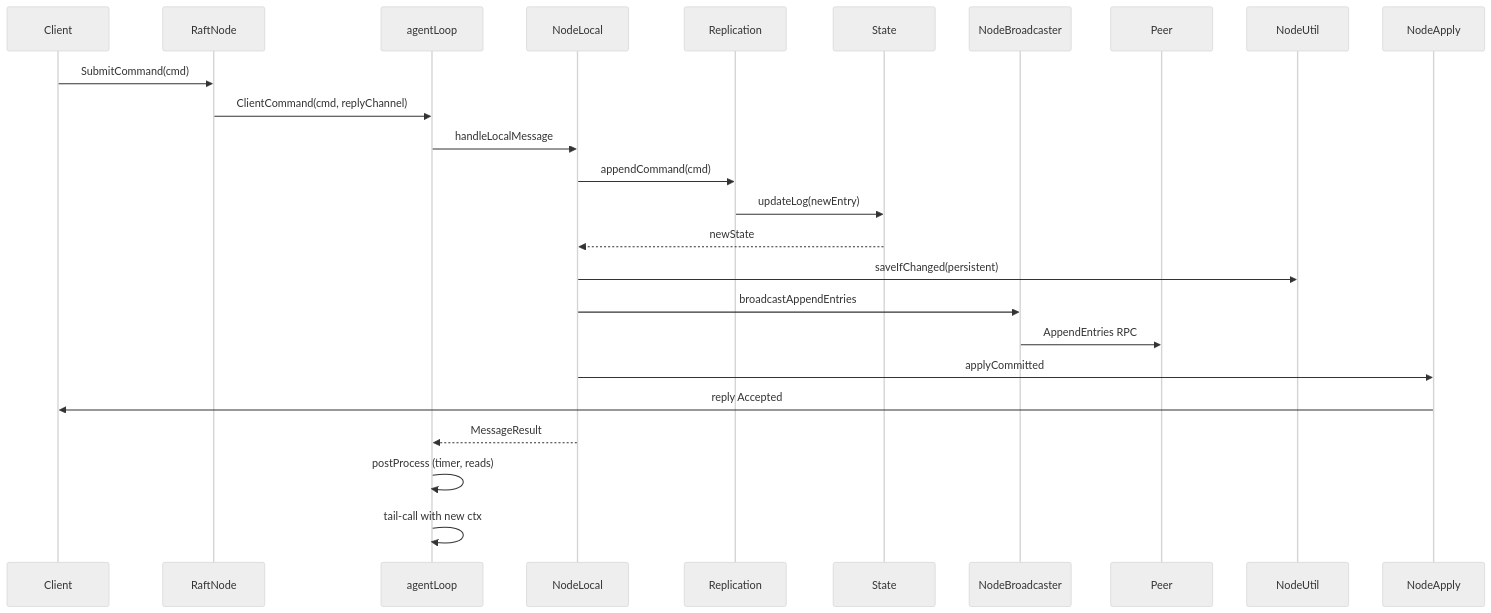
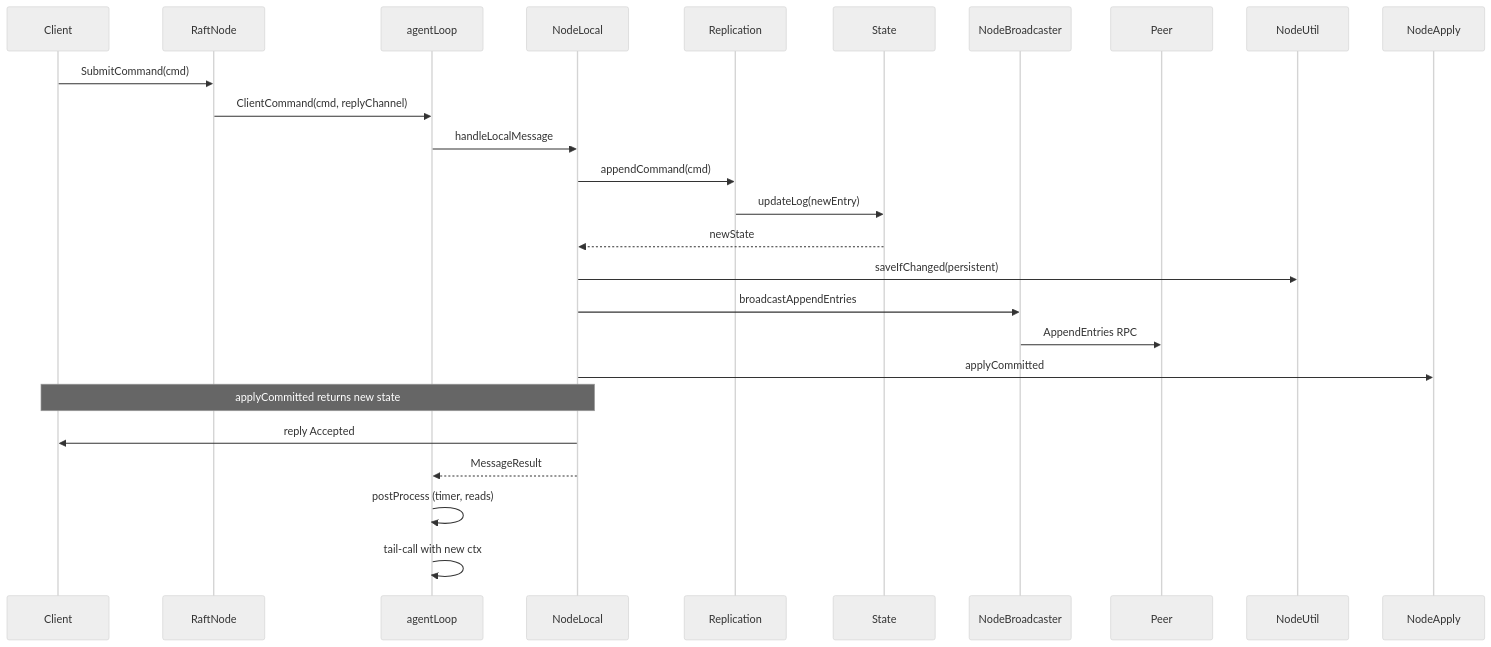
One commit to nwtks/raft changed the first of 2 diagrams in docs/architecture.md. Above: the diagram before and after it, drawn with Mermaid (neutral theme). The commit also changed other lines of this file and 22 other files, not shown here.

````diff
--- a/docs/architecture.md
+++ b/docs/architecture.md
@@ -92,32 +92,32 @@
 ```mermaid
 sequenceDiagram
     participant Client
     participant RaftNode
     participant agentLoop
     participant NodeLocal
     participant Replication
     participant State
     participant NodeBroadcaster
     participant Peer
 
     Client->>RaftNode: SubmitCommand(cmd)
     RaftNode->>agentLoop: ClientCommand(cmd, replyChannel)
 
     agentLoop->>NodeLocal: handleLocalMessage
 
     NodeLocal->>Replication: appendCommand(cmd)
     Replication->>State: updateLog(newEntry)
     State-->>NodeLocal: newState
 
     NodeLocal->>NodeUtil: saveIfChanged(persistent)
     NodeLocal->>NodeBroadcaster: broadcastAppendEntries
     NodeBroadcaster->>Peer: AppendEntries RPC
 
     NodeLocal->>NodeApply: applyCommitted
-    NodeApply->>Client: reply Accepted
-
+    Note over NodeLocal,Client: applyCommitted returns new state
+    NodeLocal->>Client: reply Accepted
     NodeLocal-->>agentLoop: MessageResult
 
     agentLoop->>agentLoop: postProcess (timer, reads)
     agentLoop->>agentLoop: tail-call with new ctx
 ```
````
